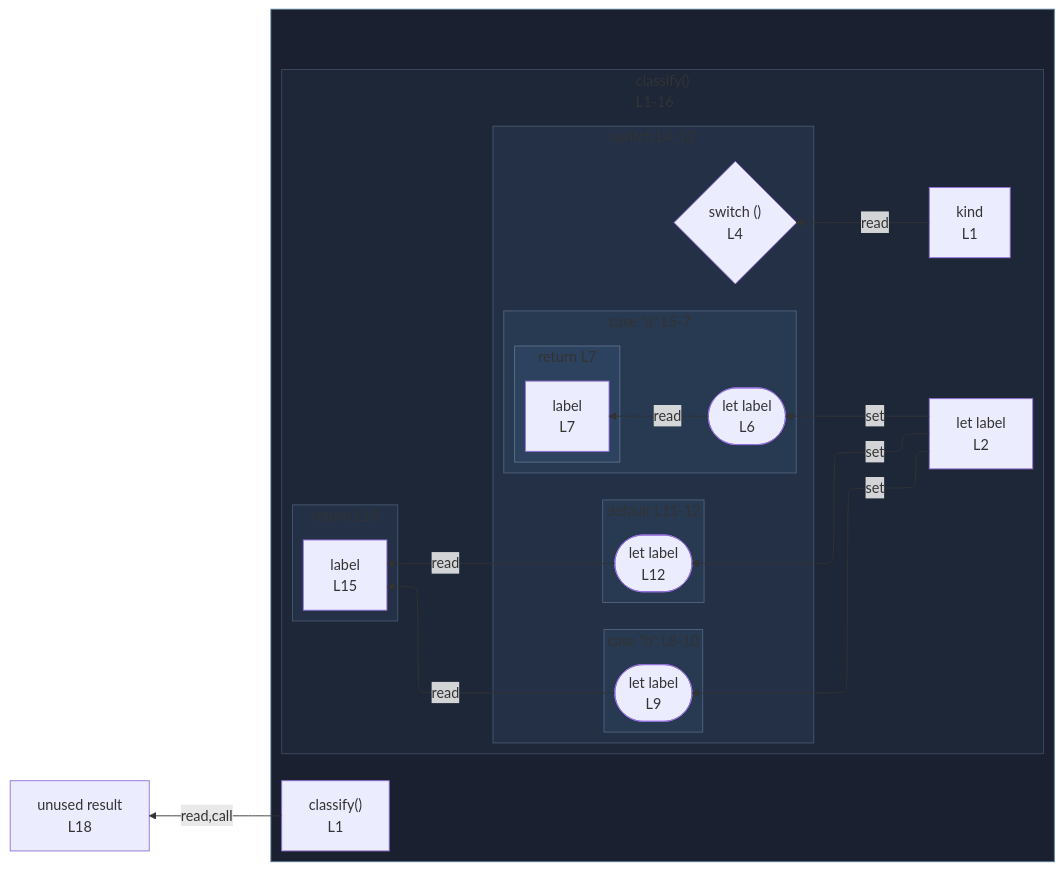
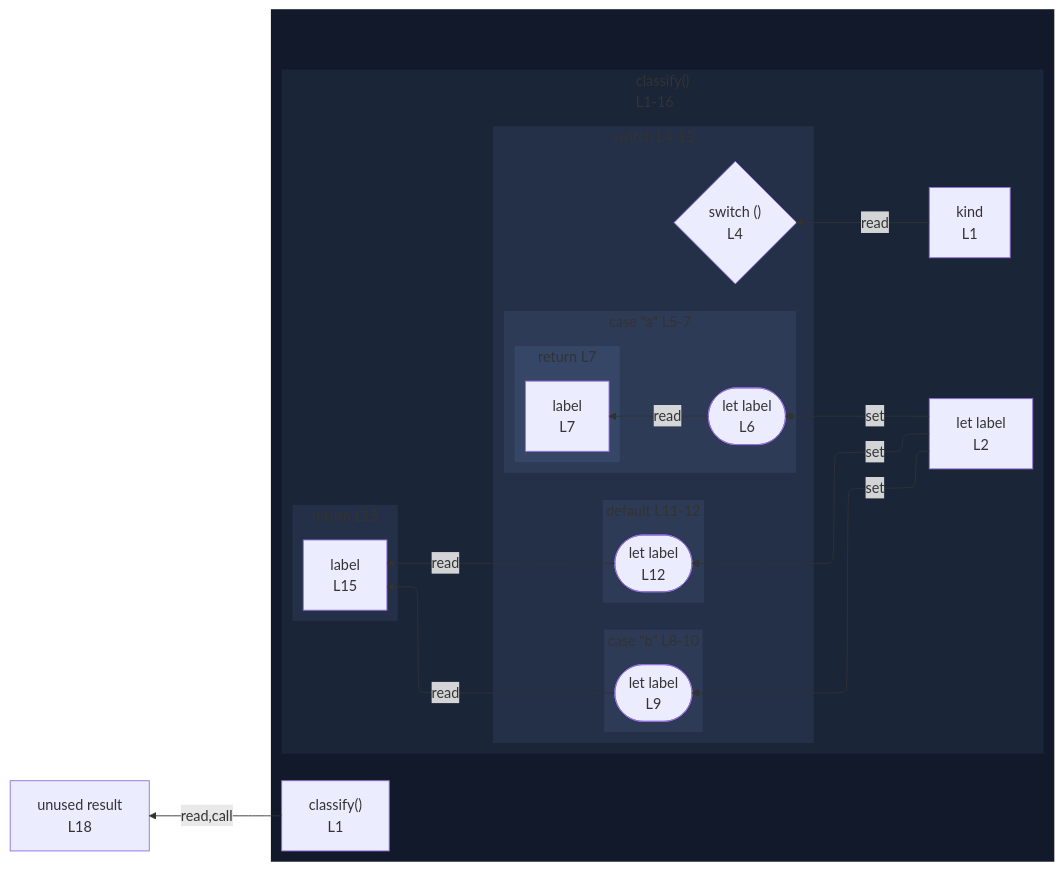
One commit to crescware/unsnarl changed the diagram in integration/fixtures/switch-statement/return/preview.md. Above: the diagram before and after it, drawn with Mermaid. The commit also changed 263 other files, not shown here.

First line of the commit message:
Drop fnWrap class and color function wrappers via the nest palette

````diff
--- a/integration/fixtures/switch-statement/return/preview.md
+++ b/integration/fixtures/switch-statement/return/preview.md
@@ -28,59 +28,59 @@
 ```mermaid
 %%{init: {"flowchart": {"defaultRenderer": "elk"}}}%%
 flowchart RL
   n_scope_0_result_243["unused result<br/>L18"]
   subgraph wrap_s_scope_1[" "]
     direction TB
     n_scope_0_classify_9["classify()<br/>L1"]
     subgraph s_scope_1["classify()<br/>L1-16"]
       direction RL
       n_scope_1_kind_18["kind<br/>L1"]
       n_scope_1_label_40["let label<br/>L2"]
       subgraph s_scope_2["switch L4-13"]
         direction RL
         switch_discriminant_scope_1_55{"switch ()<br/>L4"}
         subgraph s_scope_3["case &quot;a&quot; L5-7"]
           direction RL
           wr_ref_2(["let label<br/>L6"])
           subgraph s_return_scope_0_classify_9_114_127["return L7"]
             direction RL
             ret_use_ref_3["label<br/>L7"]
           end
         end
         subgraph s_scope_4["case &quot;b&quot; L8-10"]
           direction RL
           wr_ref_4(["let label<br/>L9"])
         end
         subgraph s_scope_5["default L11-12"]
           direction RL
           wr_ref_5(["let label<br/>L12"])
         end
       end
       subgraph s_return_scope_0_classify_9_220_233["return L15"]
         direction RL
         ret_use_ref_6["label<br/>L15"]
       end
     end
   end
   n_scope_1_label_40 -->|set| wr_ref_2
   n_scope_1_label_40 -->|set| wr_ref_4
   n_scope_1_label_40 -->|set| wr_ref_5
   n_scope_1_kind_18 -->|read| switch_discriminant_scope_1_55
   wr_ref_2 -->|read| ret_use_ref_3
   wr_ref_4 -->|read| ret_use_ref_6
   wr_ref_5 -->|read| ret_use_ref_6
   n_scope_0_classify_9 -->|read,call| n_scope_0_result_243
-  classDef fnWrap fill:#1a2030,stroke:#5a7d99;
-  class wrap_s_scope_1 fnWrap;
-  classDef nestL1 fill:#1e2738,stroke:#3d4a63;
-  class s_scope_1 nestL1;
-  classDef nestL2 fill:#233045,stroke:#475670;
-  class s_scope_2 nestL2;
-  class s_return_scope_0_classify_9_220_233 nestL2;
-  classDef nestL3 fill:#283952,stroke:#51637d;
-  class s_scope_3 nestL3;
-  class s_scope_4 nestL3;
-  class s_scope_5 nestL3;
-  classDef nestL4 fill:#2d425f,stroke:#5b708a;
-  class s_return_scope_0_classify_9_114_127 nestL4;
+  classDef nestL1 fill:#11192a,stroke:transparent;
+  class wrap_s_scope_1 nestL1;
+  classDef nestL2 fill:#1a2538,stroke:transparent;
+  class s_scope_1 nestL2;
+  classDef nestL3 fill:#243047,stroke:transparent;
+  class s_scope_2 nestL3;
+  class s_return_scope_0_classify_9_220_233 nestL3;
+  classDef nestL4 fill:#2d3b57,stroke:transparent;
+  class s_scope_3 nestL4;
+  class s_scope_4 nestL4;
+  class s_scope_5 nestL4;
+  classDef nestL5 fill:#364666,stroke:transparent;
+  class s_return_scope_0_classify_9_114_127 nestL5;
 ```
````
